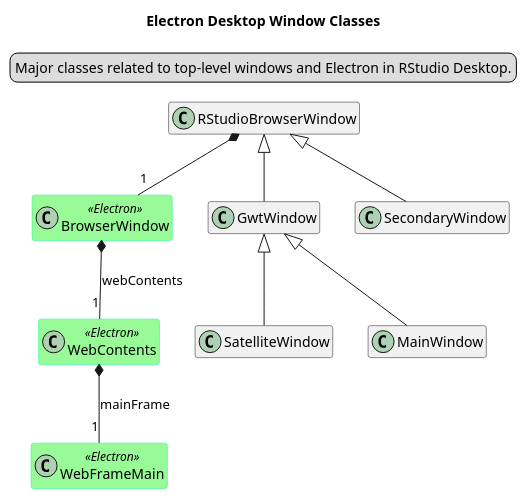
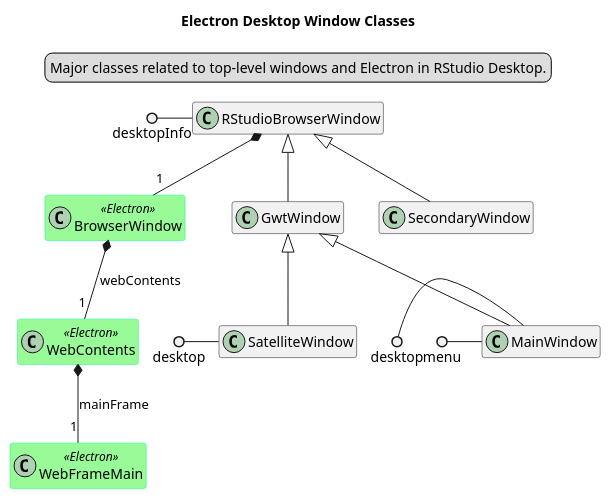
Before and after one commit to rstudio/rstudio: the diagram in src/node/desktop/docs/ElectronWindowClasses.puml, drawn with PlantUML. The commit also changed 1 other file, not shown here.

Commit message:
update class diagram, gitignore plantuml exports

```diff
--- a/src/node/desktop/docs/ElectronWindowClasses.puml
+++ b/src/node/desktop/docs/ElectronWindowClasses.puml
@@ -1,29 +1,33 @@
 @startuml
 title Electron Desktop Window Classes
 legend top center
 Major classes related to top-level windows and Electron in RStudio Desktop.
 endlegend
 
 hide empty members
 
 skinparam class {
 BackgroundColor<<Electron>> PaleGreen
 BorderColor<<Electron>> SpringGreen
 }
 
 class BrowserWindow << Electron >>
 class WebContents << Electron >>
 class WebFrameMain << Electron >>
 
 BrowserWindow *-- "1" WebContents : webContents
 WebContents *-- "1" WebFrameMain : mainFrame
 
 class RStudioBrowserWindow 
+desktopInfo ()- RStudioBrowserWindow 
 class GwtWindow extends RStudioBrowserWindow
 class SecondaryWindow extends RStudioBrowserWindow
 class SatelliteWindow extends GwtWindow
+desktop ()- SatelliteWindow
 class MainWindow extends GwtWindow
+desktop ()- MainWindow
+menu ()- MainWindow
 
 RStudioBrowserWindow *-- "1" BrowserWindow
 
 @enduml
```
